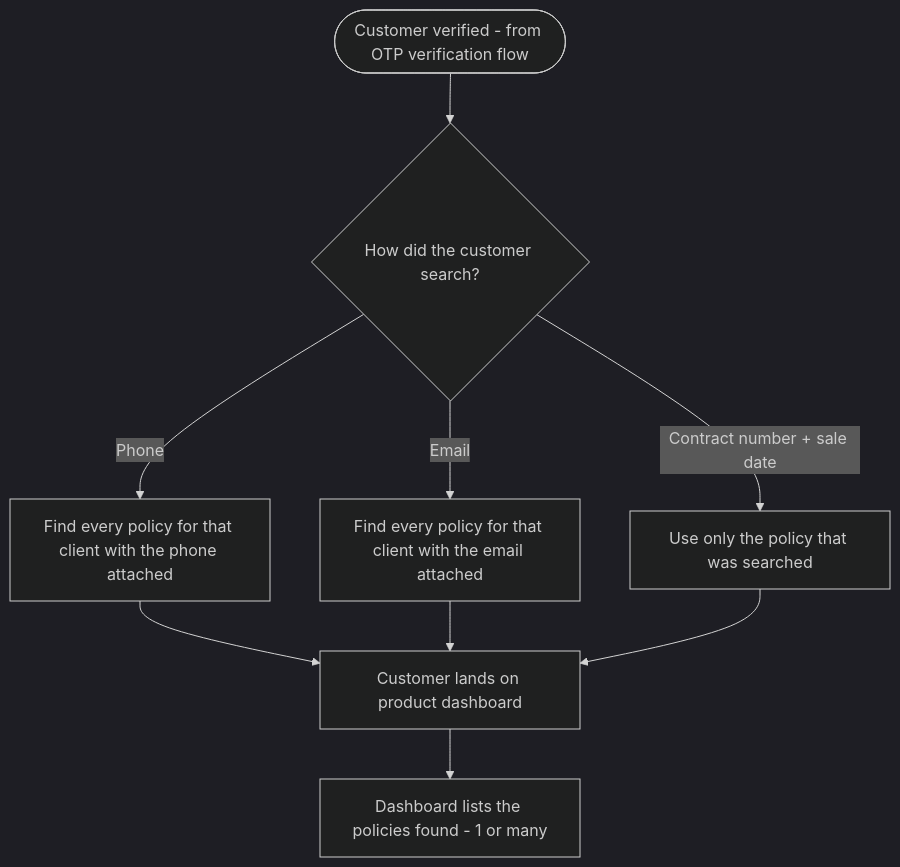
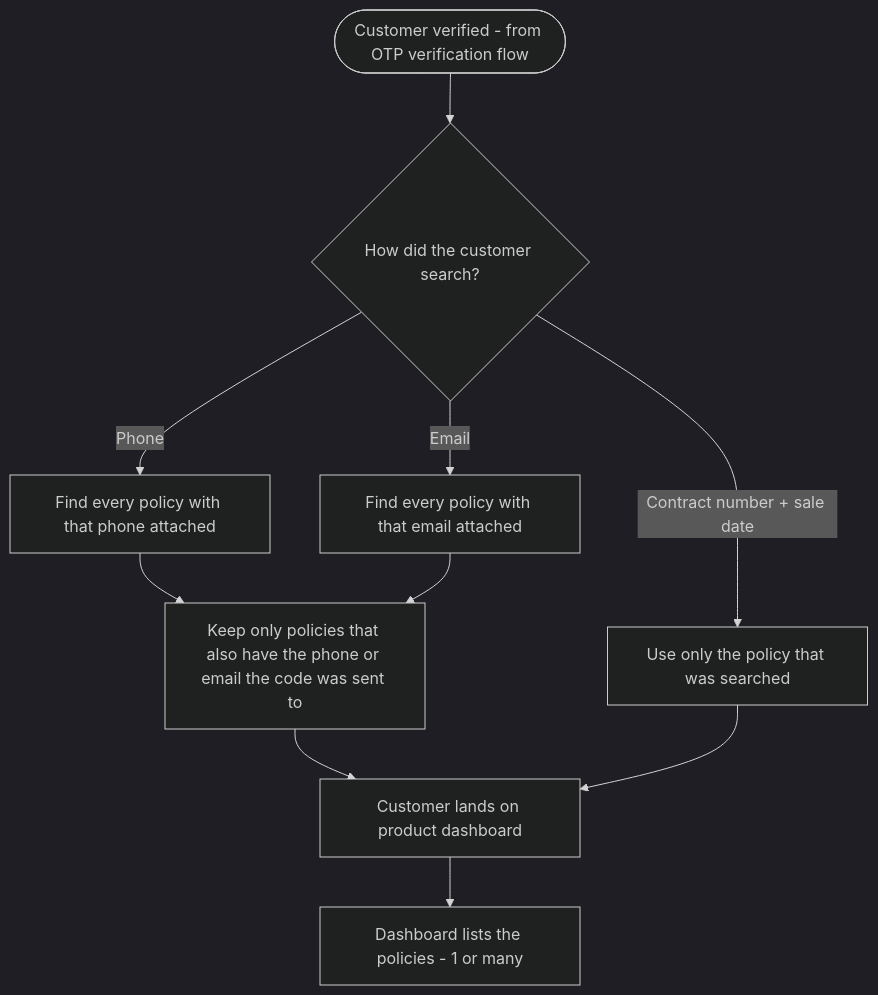
Before and after one commit to prqueen90-collab/journey-diagrams: the diagram in docs/flows/04-product-dashboard.md, drawn with Mermaid (dark theme). The commit also changed other lines of this file and 2 other files, not shown here.

First line of the commit message:
Apply answers on dashboard scope, email dropdown and identifiers

````diff
--- a/docs/flows/04-product-dashboard.md
+++ b/docs/flows/04-product-dashboard.md
@@ -8,11 +8,12 @@
 ```mermaid
 flowchart TD
     A([Customer verified - from OTP verification flow]) --> B{How did the customer search?}
-    B -->|Phone| C[Find every policy for that client with the phone attached]
-    B -->|Email| D[Find every policy for that client with the email attached]
+    B -->|Phone| C[Find every policy with that phone attached]
+    B -->|Email| D[Find every policy with that email attached]
     B -->|Contract number + sale date| E[Use only the policy that was searched]
-    C --> F[Customer lands on product dashboard]
-    D --> F
+    C --> V[Keep only policies that also have the phone or email the code was sent to]
+    D --> V
+    V --> F[Customer lands on product dashboard]
     E --> F
-    F --> G[Dashboard lists the policies found - 1 or many]
+    F --> G[Dashboard lists the policies - 1 or many]
 ```
````
